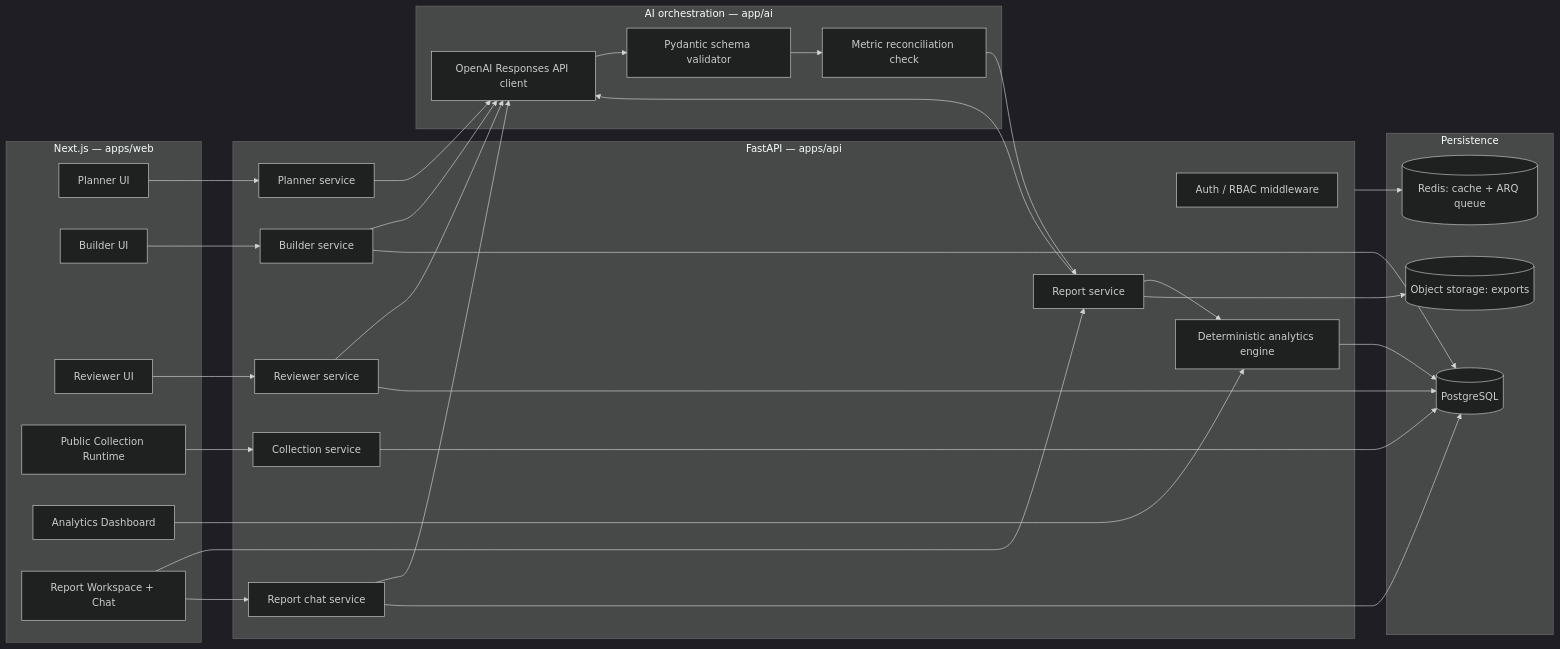
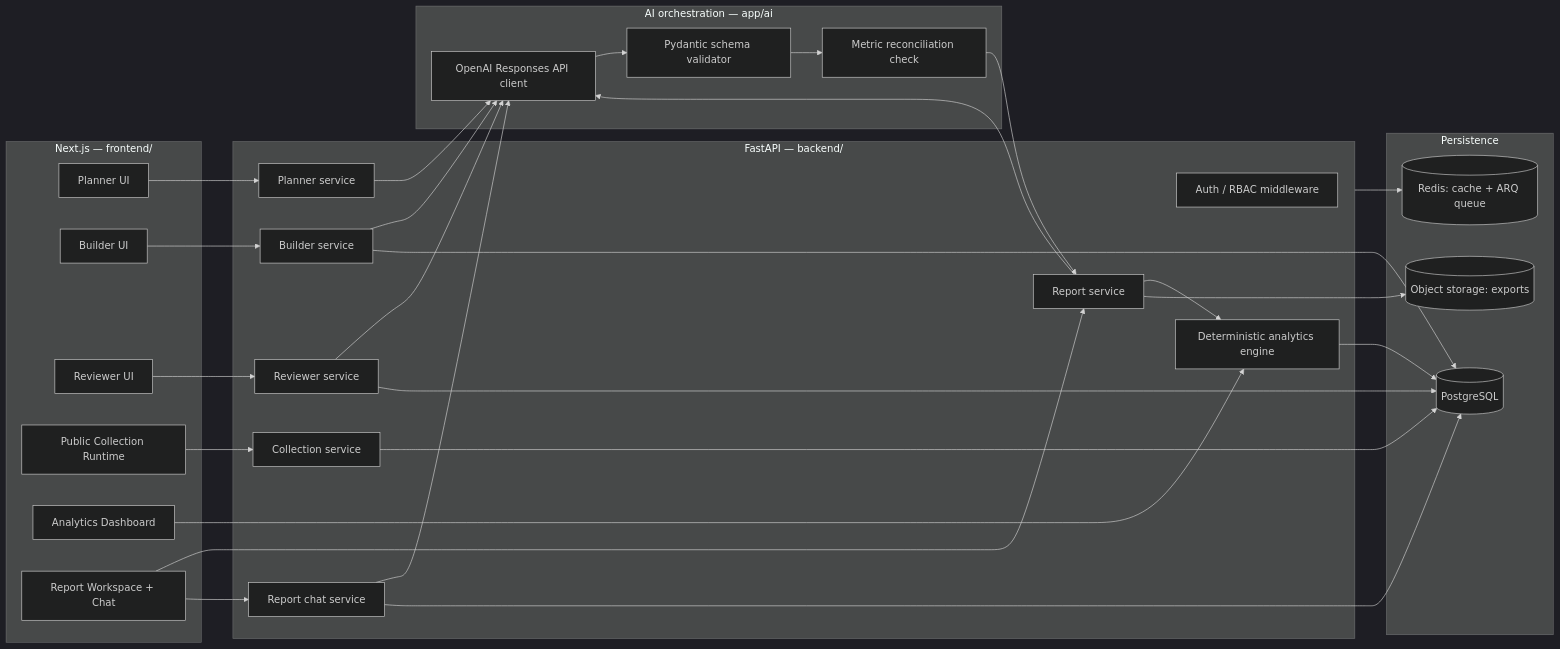
One commit to yoseflakew25/survai changed the diagram in plan.md. Above: the diagram before and after it, drawn with Mermaid (dark theme). The commit also changed other lines of this file and 67 other files, not shown here.

First line of the commit message:
Refactor backend architecture and enhance user management features

````diff
--- a/plan.md
+++ b/plan.md
@@ -229,50 +213,50 @@
 ```mermaid
 flowchart LR
-    subgraph Web[Next.js — apps/web]
+    subgraph Web[Next.js — frontend/]
       Planner[Planner UI]
       Builder[Builder UI]
       Reviewer[Reviewer UI]
       Collect[Public Collection Runtime]
       Dashboard[Analytics Dashboard]
       ReportUI[Report Workspace + Chat]
     end
 
-    subgraph Api[FastAPI — apps/api]
+    subgraph Api[FastAPI — backend/]
       RBAC[Auth / RBAC middleware]
       PlanSvc[Planner service]
       BuildSvc[Builder service]
       RevSvc[Reviewer service]
       ColSvc[Collection service]
       Engine[Deterministic analytics engine]
       RptSvc[Report service]
       ChatSvc[Report chat service]
     end
 
     subgraph AiLayer[AI orchestration — app/ai]
       Client[OpenAI Responses API client]
       Validator[Pydantic schema validator]
       Reconciler[Metric reconciliation check]
     end
 
     subgraph Store[Persistence]
       PG[(PostgreSQL)]
       Redis[(Redis: cache + ARQ queue)]
       S3[(Object storage: exports)]
     end
 
     Planner --> PlanSvc --> Client
     Builder --> BuildSvc --> Client
     Reviewer --> RevSvc --> Client
     Collect --> ColSvc --> PG
     Dashboard --> Engine --> PG
     ReportUI --> RptSvc
     RptSvc --> Engine
     RptSvc --> Client
     Client --> Validator --> Reconciler --> RptSvc
     ReportUI --> ChatSvc --> Client
     RptSvc --> S3
     BuildSvc --> PG
     RevSvc --> PG
     ChatSvc --> PG
     Api --> Redis
 ```
````
